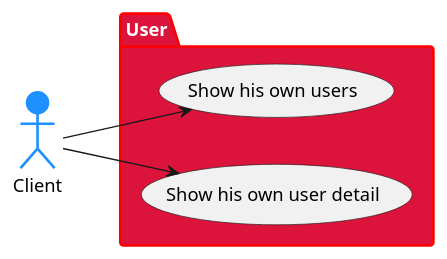
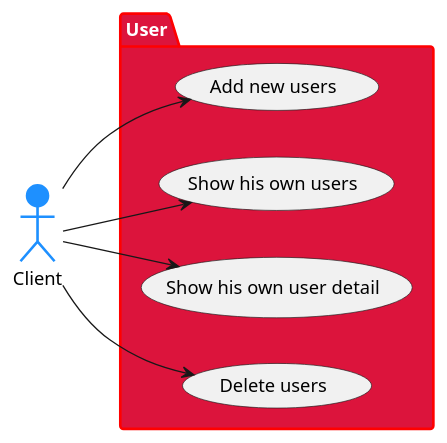
The diagram in uml/use-case/user.puml (Casrime/bilemo), drawn with PlantUML before and after one commit. The commit also changed 1 other file, not shown here.

Commit message:
Update UML diagrams

```diff
--- a/uml/use-case/user.puml
+++ b/uml/use-case/user.puml
@@ -1,12 +1,17 @@
 @startuml
 left to right direction
 actor Client as client #dodgerblue;line:dodgerblue;line.bold;text:black
 
 package User #crimson;line:red;line.bold;text:white {
+  usecase "Add new users" as addUsers
   usecase "Show his own users" as showUsers
   usecase "Show his own user detail" as showUser
+  usecase "Delete users" as deleteUsers
 }
 
+client --> addUsers
 client --> showUsers
 client --> showUser
+client --> deleteUsers
+
 @enduml
```
